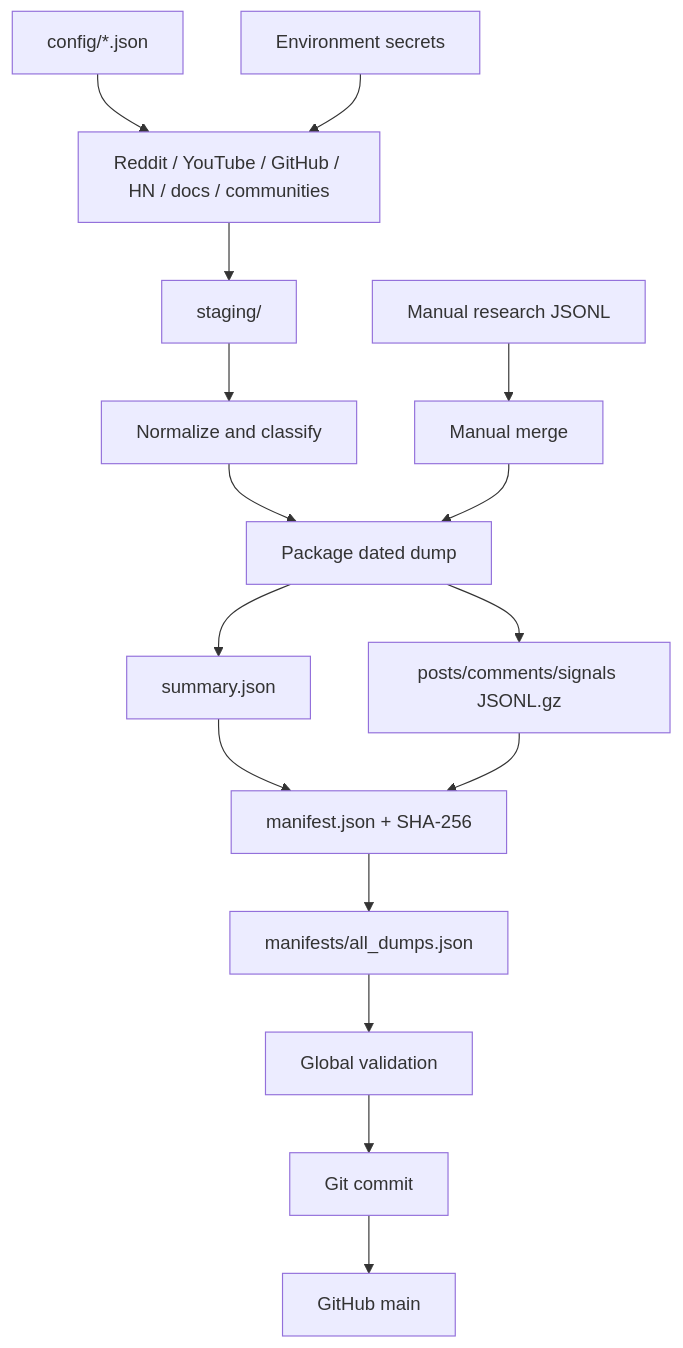
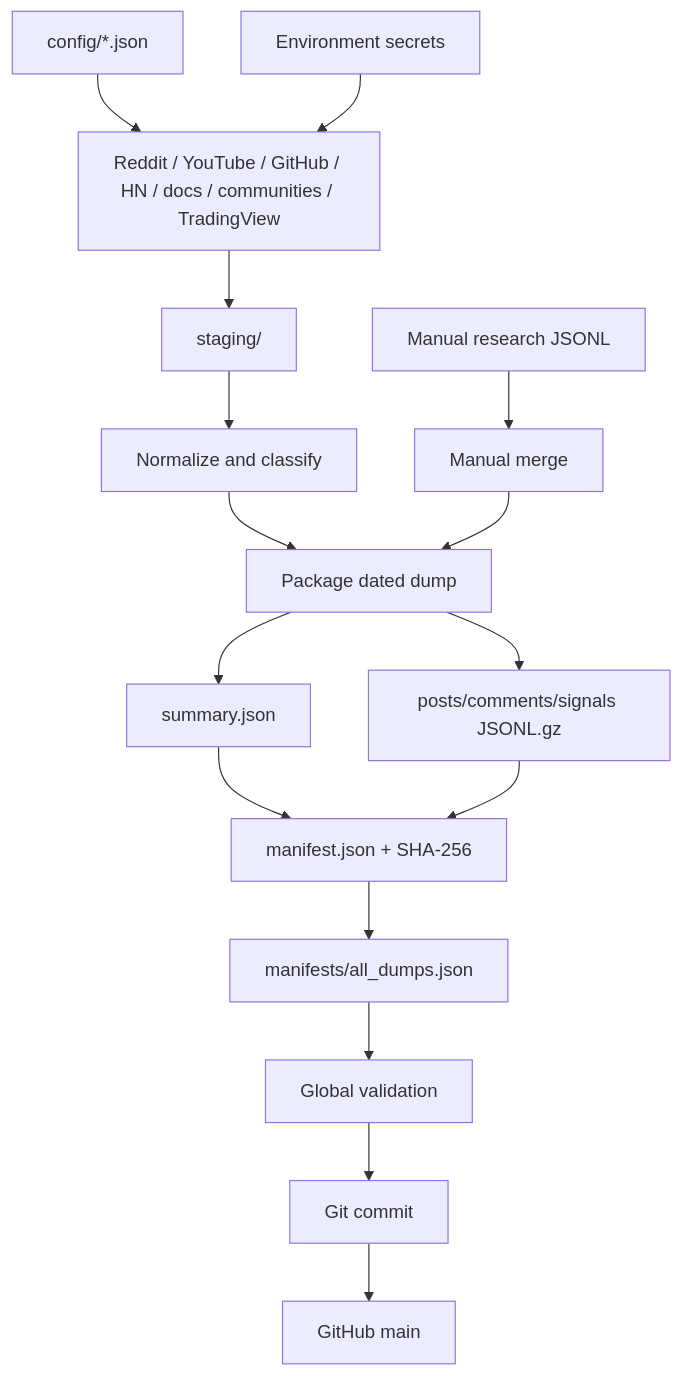
One commit to subothsundar123/reddit-scraper-github-publisher changed the diagram in ARCHITECTURE.md. Above: the diagram before and after it, drawn with Mermaid. The commit also changed other lines of this file and 11 other files, not shown here.

Commit message:
feat:add-unrestricted-TradingView-ideas-collection

````diff
--- a/ARCHITECTURE.md
+++ b/ARCHITECTURE.md
@@ -24,18 +24,18 @@
 ```mermaid
 flowchart TD
     Config["config/*.json"] --> Collectors
     Secrets["Environment secrets"] --> Collectors
-    Collectors["Reddit / YouTube / GitHub / HN / docs / communities"] --> Stage["staging/"]
+    Collectors["Reddit / YouTube / GitHub / HN / docs / communities / TradingView"] --> Stage["staging/"]
     Manual["Manual research JSONL"] --> ManualMerge["Manual merge"]
     Stage --> Normalize["Normalize and classify"]
     Normalize --> Package["Package dated dump"]
     ManualMerge --> Package
     Package --> Summary["summary.json"]
     Package --> Gzip["posts/comments/signals JSONL.gz"]
     Summary --> Manifest["manifest.json + SHA-256"]
     Gzip --> Manifest
     Manifest --> Index["manifests/all_dumps.json"]
     Index --> Validate["Global validation"]
     Validate --> Commit["Git commit"]
     Commit --> Push["GitHub main"]
 ```
````
